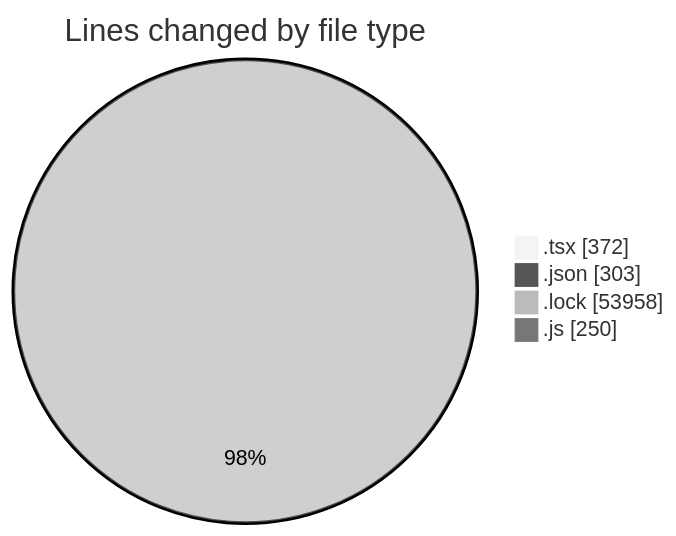
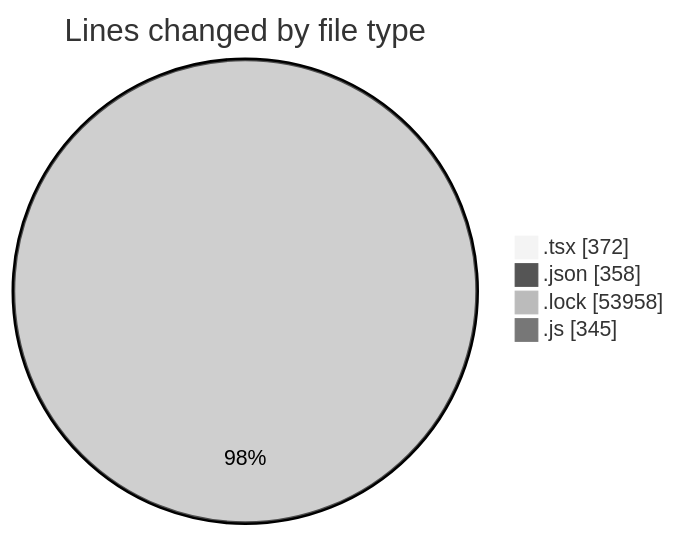
Before and after one commit to momahboobian/code-tracking: the first of 2 diagrams in 2025-03-10/cda/README.md, drawn with Mermaid (neutral theme). The commit also changed other lines of this file and 1 other file, not shown here.

````diff
--- a/2025-03-10/cda/README.md
+++ b/2025-03-10/cda/README.md
@@ -31,8 +33,8 @@
 ```mermaid
 pie showData
 title Lines changed by file type
 ".tsx" : 372
-".json" : 303
+".json" : 358
 ".lock" : 53958
-".js" : 250
+".js" : 345
 ```
````
